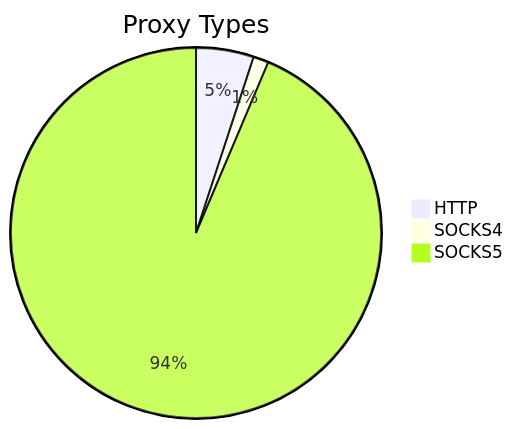
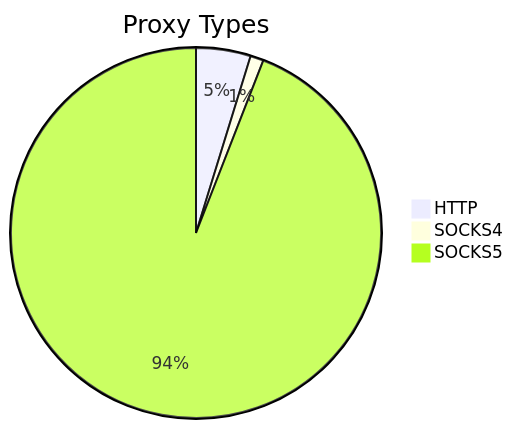
One commit to stormsia/proxy-list changed the first of 2 diagrams in README.md. Above: the diagram before and after it, drawn with Mermaid. The commit also changed other lines of this file, not shown here.

````diff
--- a/README.md
+++ b/README.md
@@ -21,6 +21,6 @@
 ```mermaid
 pie title Proxy Types
-    "HTTP" : 79
-    "SOCKS4" : 21
-    "SOCKS5" : 1469
+    "HTTP" : 99
+    "SOCKS4" : 24
+    "SOCKS5" : 1955
 ```
````
